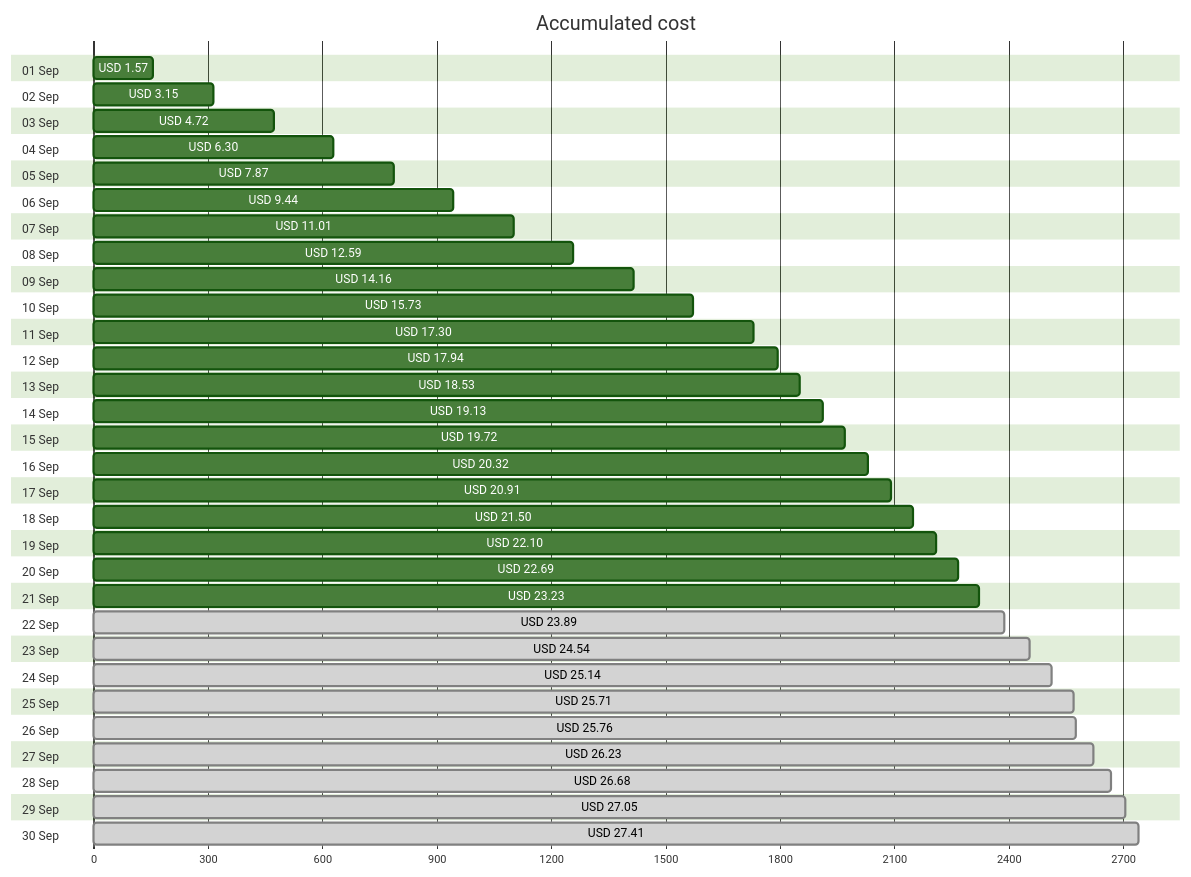
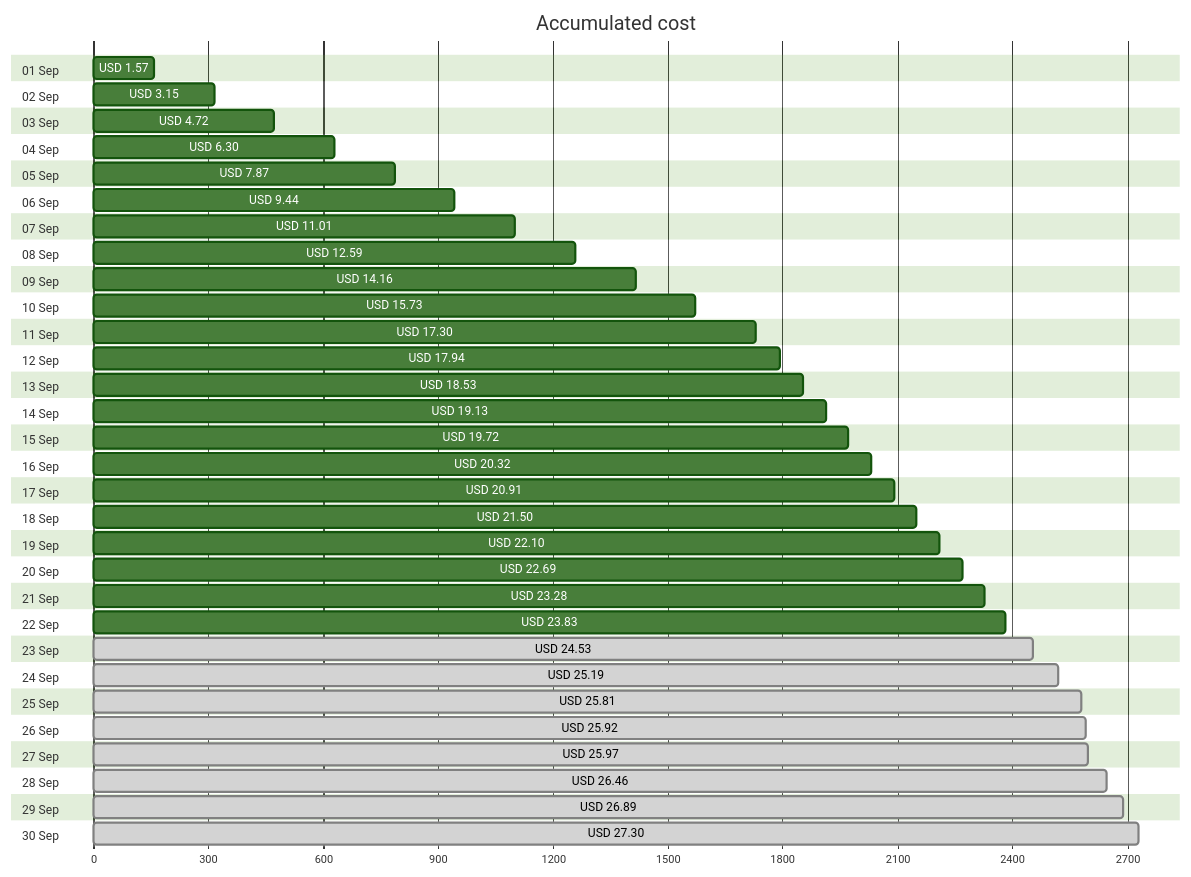
The first of 4 diagrams in cost-reports/personal-site/README.md (jpfulton/azure-personal-reports), drawn with Mermaid (forest theme) before and after one commit. The commit also changed other lines of this file and 7 other files, not shown here.

````diff
--- a/cost-reports/personal-site/README.md
+++ b/cost-reports/personal-site/README.md
@@ -20,66 +20,66 @@
 ```mermaid
 gantt
    title Accumulated cost
    dateFormat  X
    axisFormat %s
    section 01 Sep
    USD 1.57 :0, 157
    section 02 Sep
    USD 3.15 :0, 315
    section 03 Sep
    USD 4.72 :0, 472
    section 04 Sep
    USD 6.30 :0, 630
    section 05 Sep
    USD 7.87 :0, 787
    section 06 Sep
    USD 9.44 :0, 944
    section 07 Sep
    USD 11.01 :0, 1101
    section 08 Sep
    USD 12.59 :0, 1259
    section 09 Sep
    USD 14.16 :0, 1416
    section 10 Sep
    USD 15.73 :0, 1573
    section 11 Sep
    USD 17.30 :0, 1730
    section 12 Sep
    USD 17.94 :0, 1794
    section 13 Sep
    USD 18.53 :0, 1853
    section 14 Sep
    USD 19.13 :0, 1913
    section 15 Sep
    USD 19.72 :0, 1972
    section 16 Sep
    USD 20.32 :0, 2032
    section 17 Sep
    USD 20.91 :0, 2091
    section 18 Sep
    USD 21.50 :0, 2150
    section 19 Sep
    USD 22.10 :0, 2210
    section 20 Sep
    USD 22.69 :0, 2269
    section 21 Sep
-   USD 23.23 :0, 2323
+   USD 23.28 :0, 2328
    section 22 Sep
-   USD 23.89 : done, 0, 2389
+   USD 23.83 :0, 2383
    section 23 Sep
-   USD 24.54 : done, 0, 2454
+   USD 24.53 : done, 0, 2453
    section 24 Sep
-   USD 25.14 : done, 0, 2514
+   USD 25.19 : done, 0, 2519
    section 25 Sep
-   USD 25.71 : done, 0, 2571
+   USD 25.81 : done, 0, 2581
    section 26 Sep
-   USD 25.76 : done, 0, 2576
+   USD 25.92 : done, 0, 2592
    section 27 Sep
-   USD 26.23 : done, 0, 2623
+   USD 25.97 : done, 0, 2597
    section 28 Sep
-   USD 26.68 : done, 0, 2668
+   USD 26.46 : done, 0, 2646
    section 29 Sep
-   USD 27.05 : done, 0, 2705
+   USD 26.89 : done, 0, 2689
    section 30 Sep
-   USD 27.41 : done, 0, 2741
+   USD 27.30 : done, 0, 2730
 ```
````
